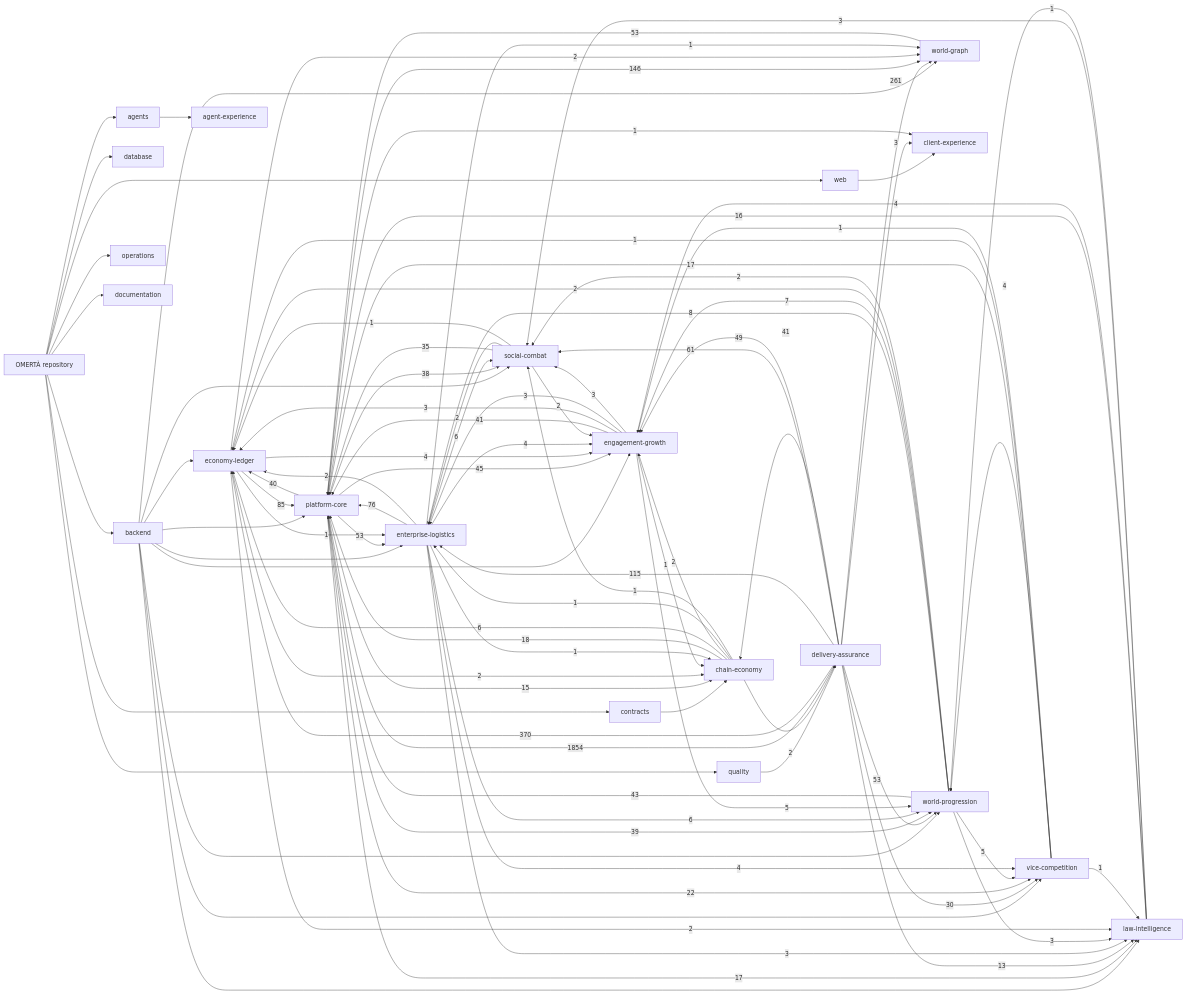
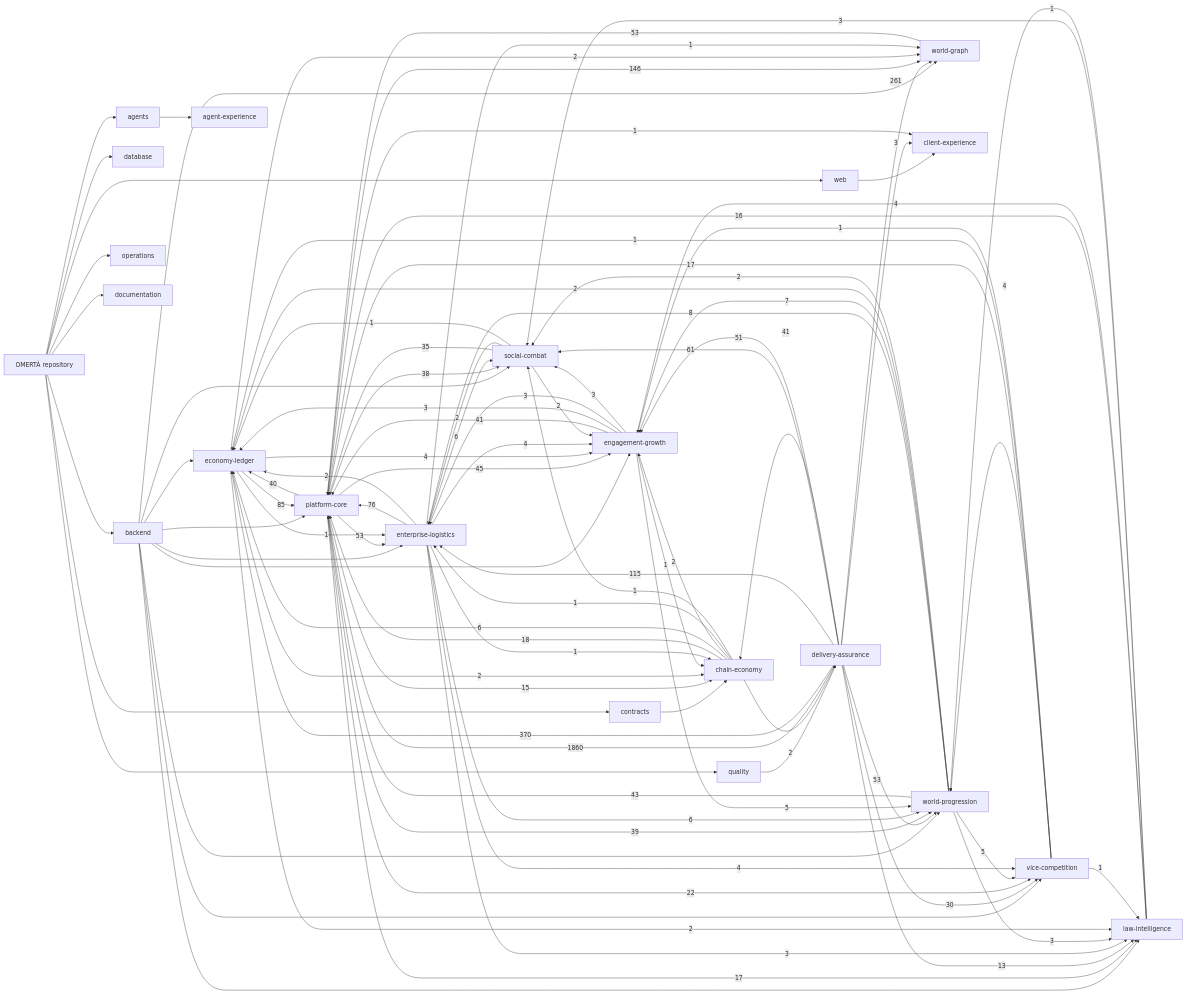
The diagram in knowledge/generated/graph.mmd (OmertaDev/Omerta), drawn with Mermaid before and after one commit. The commit also changed 7 other files, not shown here.

```diff
--- a/knowledge/generated/graph.mmd
+++ b/knowledge/generated/graph.mmd
@@ -1,113 +1,113 @@
 flowchart LR
   repo["OMERTÀ repository"]
   sub_backend["backend"]
   repo --> sub_backend
   sub_database["database"]
   repo --> sub_database
   sub_web["web"]
   repo --> sub_web
   sub_contracts["contracts"]
   repo --> sub_contracts
   sub_agents["agents"]
   repo --> sub_agents
   sub_quality["quality"]
   repo --> sub_quality
   sub_operations["operations"]
   repo --> sub_operations
   sub_documentation["documentation"]
   repo --> sub_documentation
   dom_platform-core["platform-core"]
   dom_economy-ledger["economy-ledger"]
   dom_social-combat["social-combat"]
   dom_world-progression["world-progression"]
   dom_world-graph["world-graph"]
   dom_enterprise-logistics["enterprise-logistics"]
   dom_vice-competition["vice-competition"]
   dom_law-intelligence["law-intelligence"]
   dom_chain-economy["chain-economy"]
   dom_engagement-growth["engagement-growth"]
   dom_client-experience["client-experience"]
   dom_agent-experience["agent-experience"]
   dom_delivery-assurance["delivery-assurance"]
   sub_agents --> dom_agent-experience
   sub_backend --> dom_economy-ledger
   sub_backend --> dom_engagement-growth
   sub_backend --> dom_enterprise-logistics
   sub_backend --> dom_law-intelligence
   sub_backend --> dom_platform-core
   sub_backend --> dom_social-combat
   sub_backend --> dom_vice-competition
   sub_backend --> dom_world-graph
   sub_backend --> dom_world-progression
   sub_contracts --> dom_chain-economy
   sub_quality --> dom_delivery-assurance
   sub_web --> dom_client-experience
-  dom_delivery-assurance -->|1854| dom_platform-core
+  dom_delivery-assurance -->|1860| dom_platform-core
   dom_delivery-assurance -->|370| dom_economy-ledger
   dom_delivery-assurance -->|261| dom_world-graph
   dom_platform-core -->|146| dom_world-graph
   dom_delivery-assurance -->|115| dom_enterprise-logistics
   dom_economy-ledger -->|85| dom_platform-core
   dom_enterprise-logistics -->|76| dom_platform-core
   dom_delivery-assurance -->|61| dom_social-combat
   dom_delivery-assurance -->|53| dom_world-progression
   dom_platform-core -->|53| dom_enterprise-logistics
   dom_world-graph -->|53| dom_platform-core
-  dom_delivery-assurance -->|49| dom_engagement-growth
+  dom_delivery-assurance -->|51| dom_engagement-growth
   dom_platform-core -->|45| dom_engagement-growth
   dom_world-progression -->|43| dom_platform-core
   dom_delivery-assurance -->|41| dom_chain-economy
   dom_engagement-growth -->|41| dom_platform-core
   dom_platform-core -->|40| dom_economy-ledger
   dom_platform-core -->|39| dom_world-progression
   dom_platform-core -->|38| dom_social-combat
   dom_social-combat -->|35| dom_platform-core
   dom_delivery-assurance -->|30| dom_vice-competition
   dom_platform-core -->|22| dom_vice-competition
   dom_chain-economy -->|18| dom_platform-core
   dom_platform-core -->|17| dom_law-intelligence
   dom_vice-competition -->|17| dom_platform-core
   dom_law-intelligence -->|16| dom_platform-core
   dom_platform-core -->|15| dom_chain-economy
   dom_delivery-assurance -->|13| dom_law-intelligence
   dom_world-progression -->|8| dom_enterprise-logistics
   dom_world-progression -->|7| dom_engagement-growth
   dom_chain-economy -->|6| dom_economy-ledger
   dom_enterprise-logistics -->|6| dom_social-combat
   dom_enterprise-logistics -->|6| dom_world-progression
   dom_engagement-growth -->|5| dom_world-progression
   dom_world-progression -->|5| dom_vice-competition
   dom_economy-ledger -->|4| dom_engagement-growth
   dom_enterprise-logistics -->|4| dom_engagement-growth
   dom_enterprise-logistics -->|4| dom_vice-competition
   dom_law-intelligence -->|4| dom_engagement-growth
   dom_vice-competition -->|4| dom_world-progression
   dom_delivery-assurance -->|3| dom_client-experience
   dom_engagement-growth -->|3| dom_economy-ledger
   dom_engagement-growth -->|3| dom_enterprise-logistics
   dom_engagement-growth -->|3| dom_social-combat
   dom_enterprise-logistics -->|3| dom_law-intelligence
   dom_law-intelligence -->|3| dom_social-combat
   dom_world-progression -->|3| dom_law-intelligence
   dom_chain-economy -->|2| dom_delivery-assurance
   dom_chain-economy -->|2| dom_engagement-growth
   dom_economy-ledger -->|2| dom_chain-economy
   dom_economy-ledger -->|2| dom_law-intelligence
   dom_economy-ledger -->|2| dom_world-graph
   dom_enterprise-logistics -->|2| dom_economy-ledger
   dom_social-combat -->|2| dom_engagement-growth
   dom_social-combat -->|2| dom_enterprise-logistics
   dom_world-progression -->|2| dom_economy-ledger
   dom_world-progression -->|2| dom_social-combat
   dom_chain-economy -->|1| dom_enterprise-logistics
   dom_chain-economy -->|1| dom_social-combat
   dom_economy-ledger -->|1| dom_enterprise-logistics
   dom_engagement-growth -->|1| dom_chain-economy
   dom_enterprise-logistics -->|1| dom_chain-economy
   dom_enterprise-logistics -->|1| dom_world-graph
   dom_law-intelligence -->|1| dom_world-progression
   dom_platform-core -->|1| dom_client-experience
   dom_social-combat -->|1| dom_economy-ledger
   dom_vice-competition -->|1| dom_economy-ledger
   dom_vice-competition -->|1| dom_engagement-growth
   dom_vice-competition -->|1| dom_law-intelligence
```
